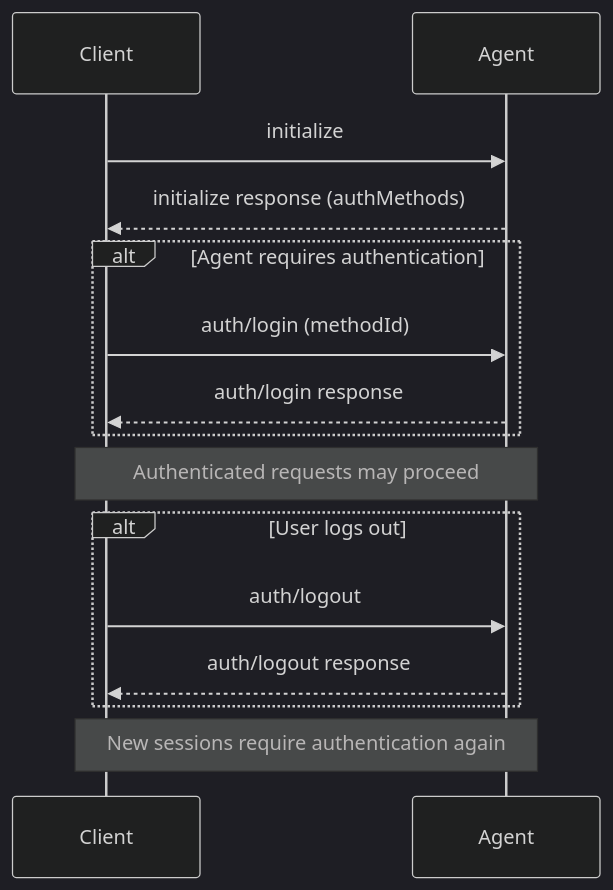
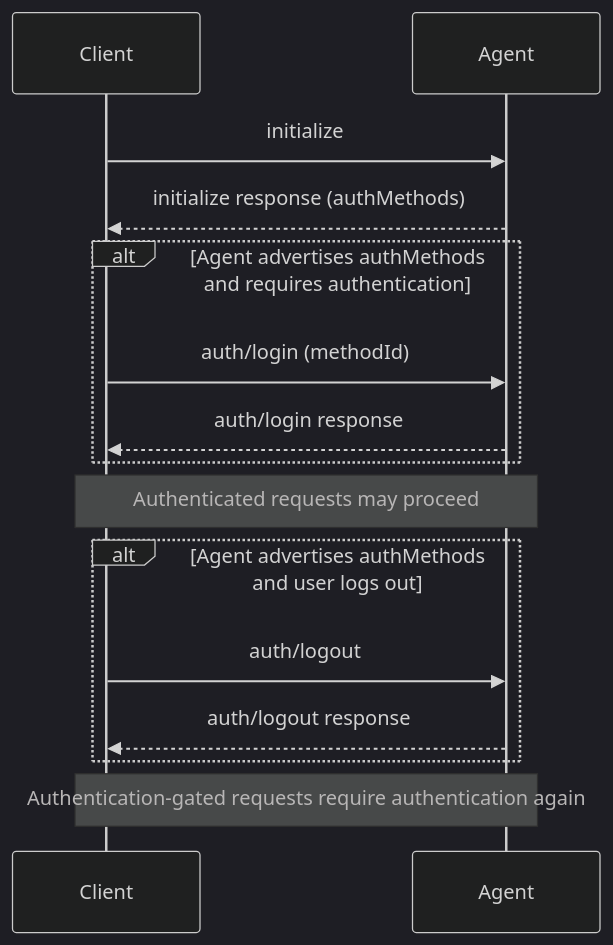
The diagram in docs/protocol/v2/authentication.mdx (dayanruben/agent-client-protocol), drawn with Mermaid (dark theme) before and after one commit. The commit also changed other lines of this file and 13 other files, not shown here.

Commit message:
fix(unstable-v2): gate v2 auth methods on authMethods (#1728)

````diff
--- a/docs/protocol/v2/authentication.mdx
+++ b/docs/protocol/v2/authentication.mdx
@@ -10,22 +10,22 @@
 ```mermaid
 sequenceDiagram
     participant Client
     participant Agent
 
     Client->>Agent: initialize
     Agent-->>Client: initialize response (authMethods)
 
-    alt Agent requires authentication
+    alt Agent advertises authMethods and requires authentication
         Client->>Agent: auth/login (methodId)
         Agent-->>Client: auth/login response
     end
 
     Note over Client,Agent: Authenticated requests may proceed
 
-    alt User logs out
+    alt Agent advertises authMethods and user logs out
         Client->>Agent: auth/logout
         Agent-->>Client: auth/logout response
     end
 
-    Note over Client,Agent: New sessions require authentication again
+    Note over Client,Agent: Authentication-gated requests require authentication again
 ```
````
